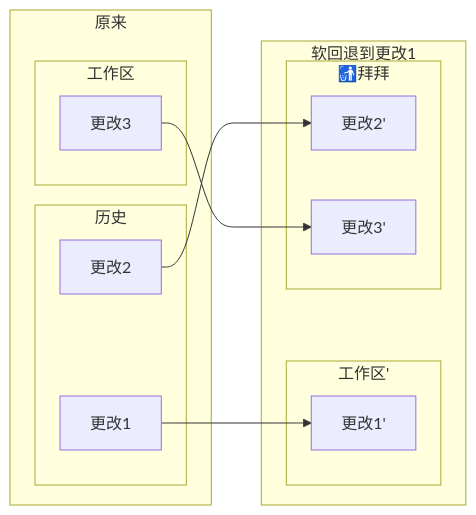
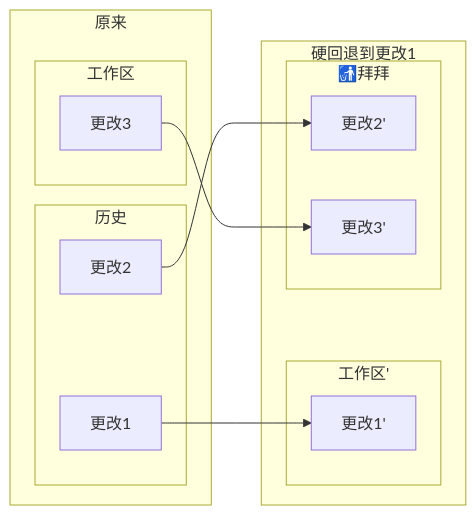
One commit to HeZeBang/hezebang.github.io changed the sixth of 6 diagrams in docs/ShanghaiTech/SI100B/Git Guide.md. Above: the diagram before and after it, drawn with Mermaid.

Commit message:
typo fixed

````diff
--- a/docs/ShanghaiTech/SI100B/Git Guide.md
+++ b/docs/ShanghaiTech/SI100B/Git Guide.md
@@ -566,24 +566,24 @@
 ```mermaid
 graph LR
-subgraph 软回退到更改1
+subgraph 硬回退到更改1
 	subgraph 工作区'
 		更改1'
 	end
 	subgraph "🚮拜拜"
 	更改2'
 	更改3'
 	end
 end
 subgraph 原来
 	subgraph 历史
 		更改1
 		更改2
 	end
 	subgraph 工作区
 		更改3
 	end
 end
 更改1 --> 更改1'
 更改2 --> 更改2'
 更改3 --> 更改3'
 ```
````
